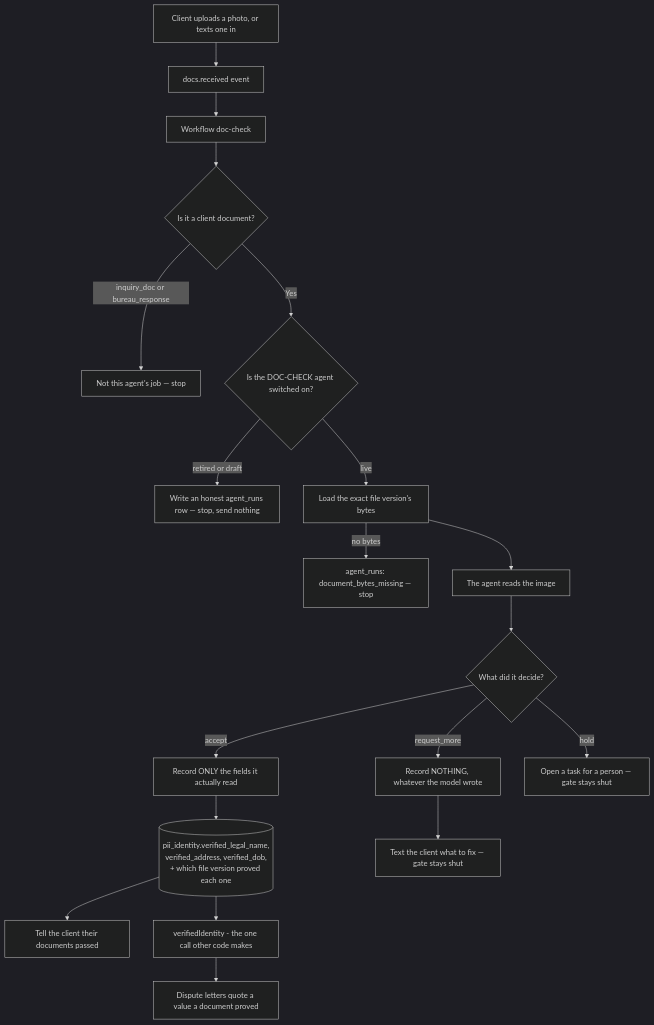
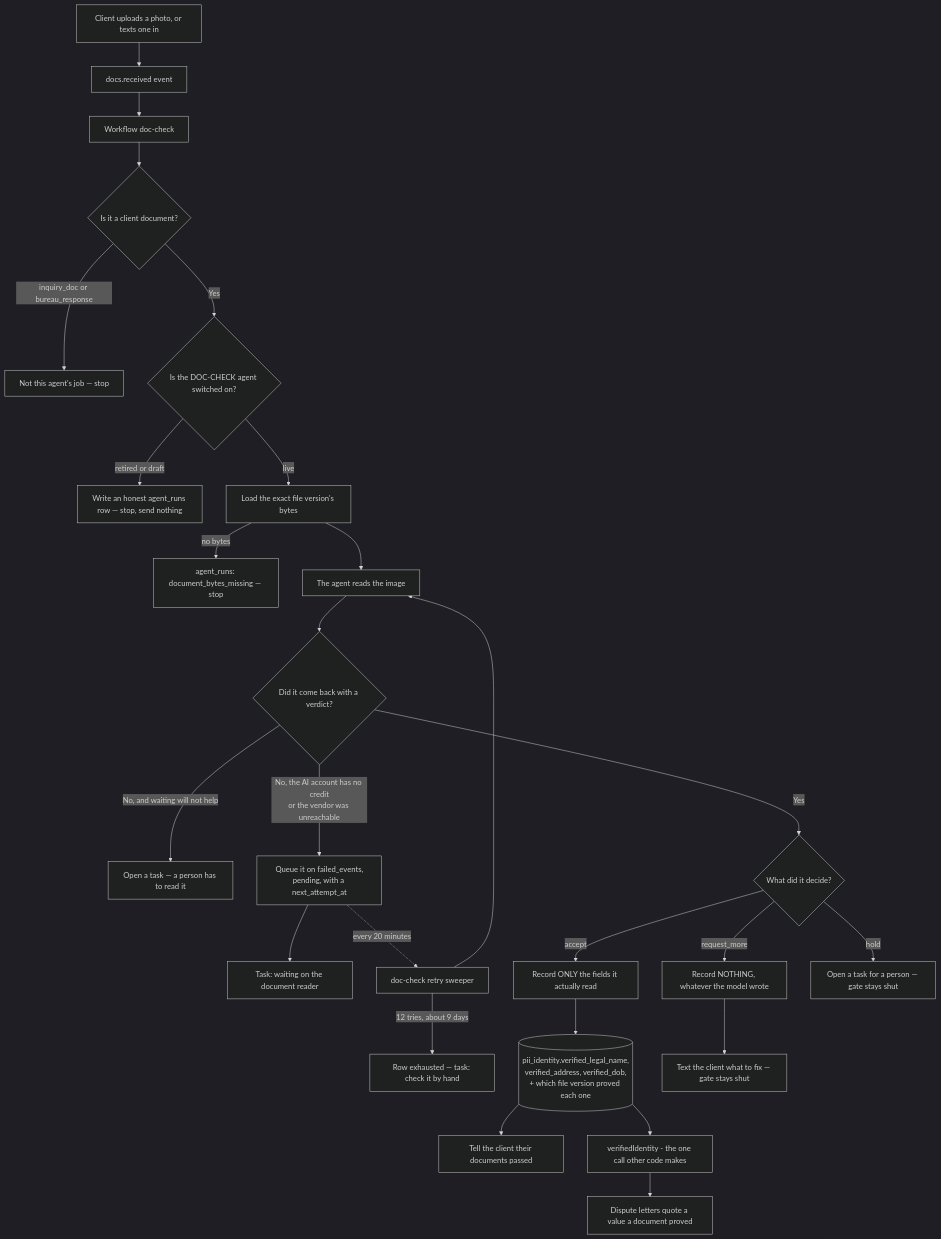
The diagram in docs/journeys/doc-check-identity-flow.md (ZootimusMaximusSupreme/Fundhub_ai), drawn with Mermaid (dark theme) before and after one commit. The commit also changed other lines of this file and 25 other files, not shown here.

First line of the commit message:
Pay unlocks what you paid for; CSM can be staffed; Gmail and the ID reader stop being dead ends

````diff
--- a/docs/journeys/doc-check-identity-flow.md
+++ b/docs/journeys/doc-check-identity-flow.md
@@ -27,25 +29,34 @@
 ```mermaid
 flowchart TD
     UP[Client uploads a photo, or texts one in] --> EV[docs.received event]
     EV --> W[Workflow doc-check]
     W --> K{Is it a client document?}
     K -->|inquiry_doc or bureau_response| SKIP[Not this agent's job — stop]
     K -->|Yes| ST{Is the DOC-CHECK agent switched on?}
     ST -->|retired or draft| LOG[Write an honest agent_runs row — stop, send nothing]
     ST -->|live| BY[Load the exact file version's bytes]
     BY -->|no bytes| MISS[agent_runs: document_bytes_missing — stop]
     BY --> MODEL[The agent reads the image]
-    MODEL --> OUT{What did it decide?}
+    MODEL --> ANS{Did it come back with a verdict?}
+
+    ANS -->|No, and waiting will not help| HAND[Open a task — a person has to read it]
+    ANS -->|No, the AI account has no credit<br/>or the vendor was unreachable| QUEUE[Queue it on failed_events,<br/>pending, with a next_attempt_at]
+    QUEUE --> WAIT[Task: waiting on the document reader]
+    QUEUE -.->|every 20 minutes| SWEEP[doc-check retry sweeper]
+    SWEEP --> MODEL
+    SWEEP -->|12 tries, about 9 days| GIVEUP[Row exhausted — task: check it by hand]
+
+    ANS -->|Yes| OUT{What did it decide?}
 
     OUT -->|accept| REC[Record ONLY the fields it actually read]
     REC --> DB[(pii_identity.verified_legal_name,<br/>verified_address, verified_dob,<br/>+ which file version proved each one)]
     DB --> MSG[Tell the client their documents passed]
 
     OUT -->|request_more| NOTHING[Record NOTHING, whatever the model wrote]
     NOTHING --> ASK[Text the client what to fix — gate stays shut]
 
     OUT -->|hold| TASK[Open a task for a person — gate stays shut]
 
     DB --> READ[verifiedIdentity - the one call other code makes]
     READ --> LETTER[Dispute letters quote a value a document proved]
 ```
````
